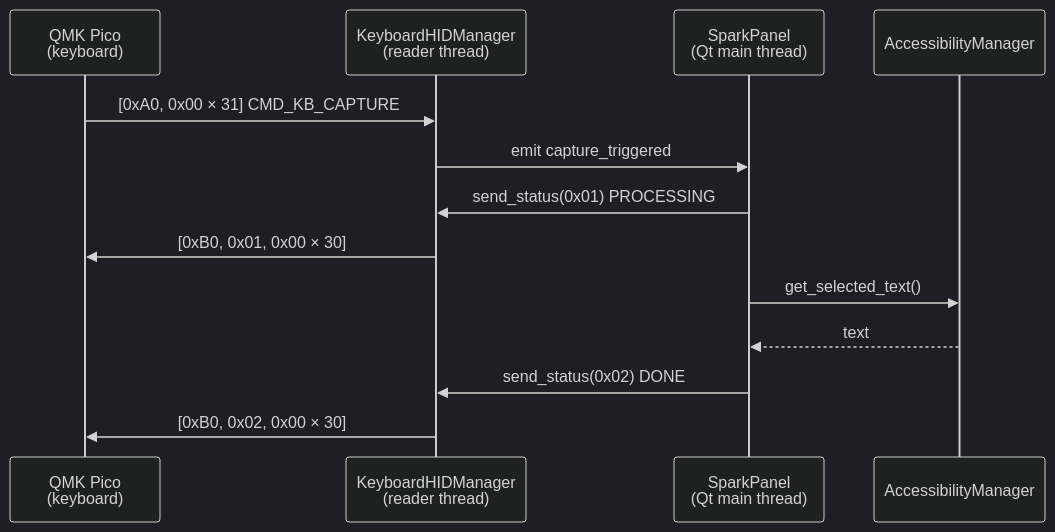
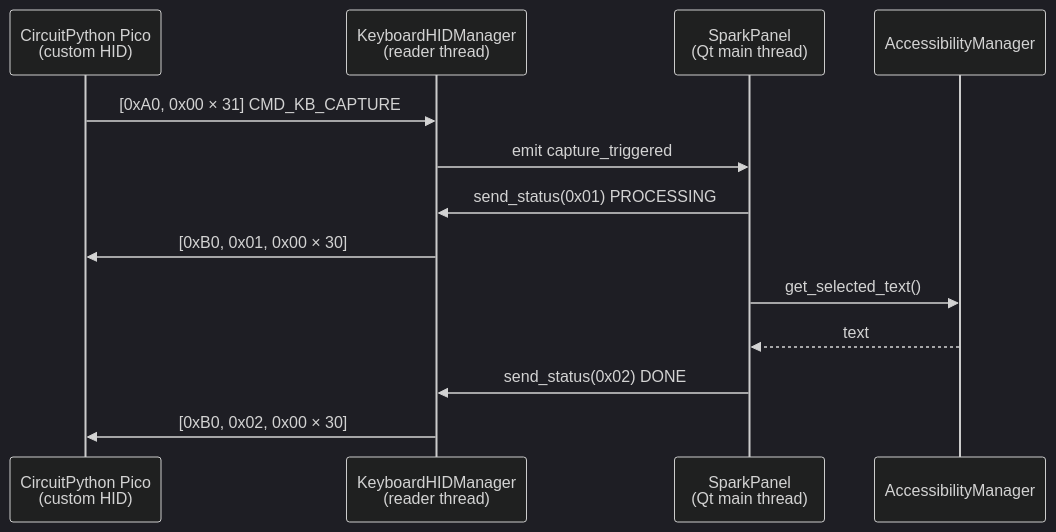
The third of 3 diagrams in ENGINEERING_SPEC.md (Tatyana-AC/SPARK), drawn with Mermaid (dark theme) before and after one commit. The commit also changed other lines of this file and 4 other files, not shown here.

Commit message:
Rewrite docs for CircuitPython Pico firmware

````diff
--- a/ENGINEERING_SPEC.md
+++ b/ENGINEERING_SPEC.md
@@ -468,16 +469,16 @@
 ```mermaid
 sequenceDiagram
-    participant KB as QMK Pico<br/>(keyboard)
+    participant KB as CircuitPython Pico<br/>(custom HID)
     participant HID as KeyboardHIDManager<br/>(reader thread)
     participant App as SparkPanel<br/>(Qt main thread)
     participant Acc as AccessibilityManager
 
     KB->>HID: [0xA0, 0x00 × 31]  CMD_KB_CAPTURE
     HID->>App: emit capture_triggered
     App->>HID: send_status(0x01)  PROCESSING
     HID->>KB: [0xB0, 0x01, 0x00 × 30]
     App->>Acc: get_selected_text()
     Acc-->>App: text
     App->>HID: send_status(0x02)  DONE
     HID->>KB: [0xB0, 0x02, 0x00 × 30]
 ```
````
